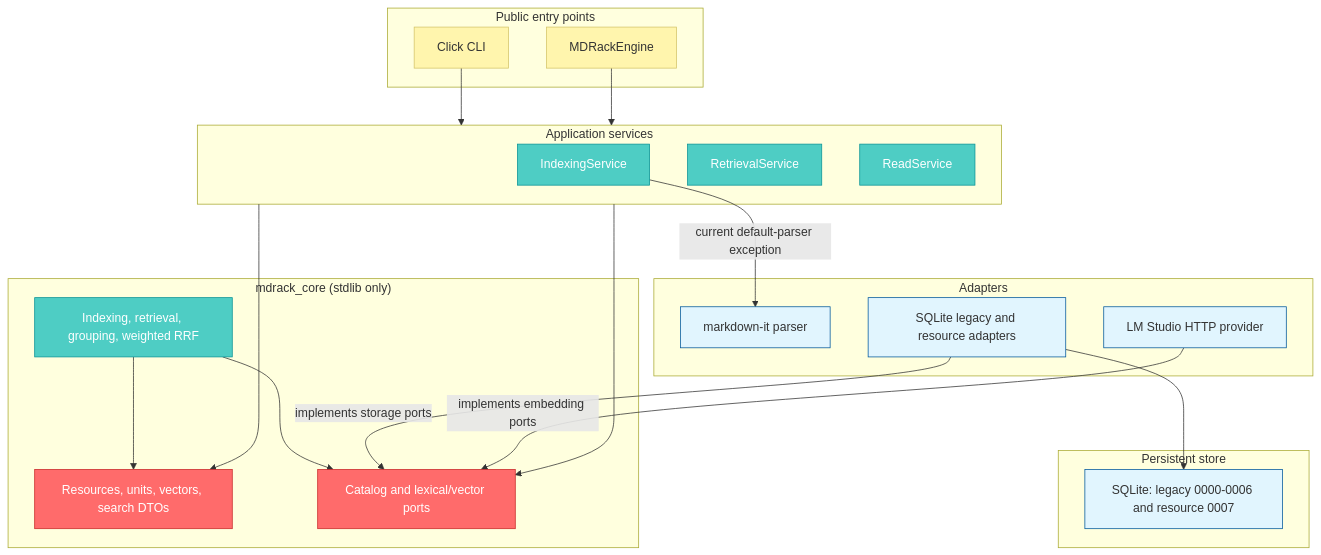
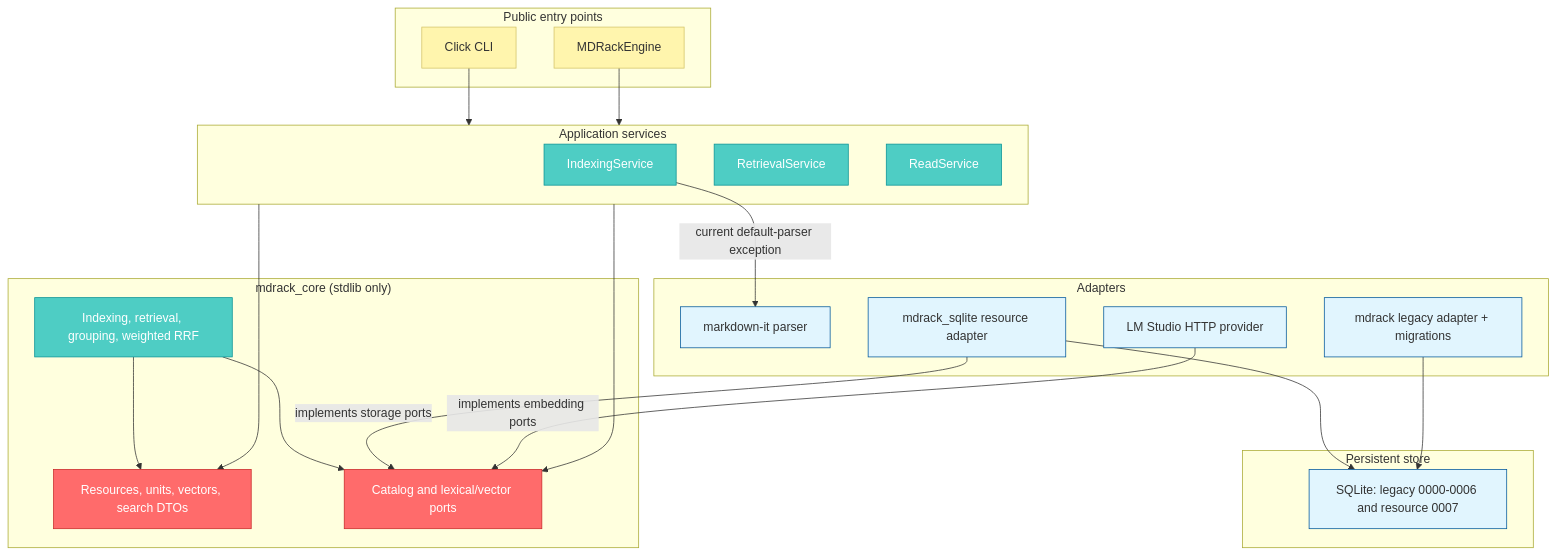
The diagram in docs/current-architecture/system-overview.md (VladimirMonin/MDRack), drawn with Mermaid before and after one commit. The commit also changed other lines of this file and 27 other files, not shown here.

Commit message:
feat(sqlite): publish standalone adapter distribution

````diff
--- a/docs/current-architecture/system-overview.md
+++ b/docs/current-architecture/system-overview.md
@@ -11,49 +12,51 @@
 ```mermaid
 graph TD
     subgraph Entry ["Public entry points"]
         CLI["Click CLI"]
         Engine["MDRackEngine"]
     end
 
     subgraph App ["Application services"]
         Indexing["IndexingService"]
         Retrieval["RetrievalService"]
         Read["ReadService"]
     end
 
     subgraph Core ["mdrack_core (stdlib only)"]
         Domain["Resources, units, vectors, search DTOs"]
         Ports["Catalog and lexical/vector ports"]
         CoreServices["Indexing, retrieval, grouping, weighted RRF"]
     end
 
     subgraph Adapters ["Adapters"]
         Markdown["markdown-it parser"]
-        SQLiteAdapter["SQLite legacy and resource adapters"]
+        SQLiteAdapter["mdrack_sqlite resource adapter"]
+        SQLiteLegacy["mdrack legacy adapter + migrations"]
         LMStudio["LM Studio HTTP provider"]
     end
 
     subgraph Persistence ["Persistent store"]
         SQLite["SQLite: legacy 0000-0006 and resource 0007"]
     end
 
     CLI --> App
     Engine --> App
     App --> Domain
     App --> Ports
     CoreServices --> Domain
     CoreServices --> Ports
     Indexing -->|"current default-parser exception"| Markdown
     SQLiteAdapter -->|"implements storage ports"| Ports
     LMStudio -->|"implements embedding ports"| Ports
     SQLiteAdapter --> SQLite
+    SQLiteLegacy --> SQLite
 
     classDef entry fill:#fff5ad,stroke:#d4c46a,color:#333
     classDef service fill:#4ecdc4,stroke:#0a9396,color:#fff
     classDef contract fill:#ff6b6b,stroke:#c92a2a,color:#fff
     classDef adapter fill:#e1f5fe,stroke:#01579b,color:#333
     class CLI,Engine entry
     class Indexing,Retrieval,Read,CoreServices service
     class Domain,Ports contract
-    class Markdown,SQLiteAdapter,LMStudio,SQLite adapter
+    class Markdown,SQLiteAdapter,SQLiteLegacy,LMStudio,SQLite adapter
 ```
````
